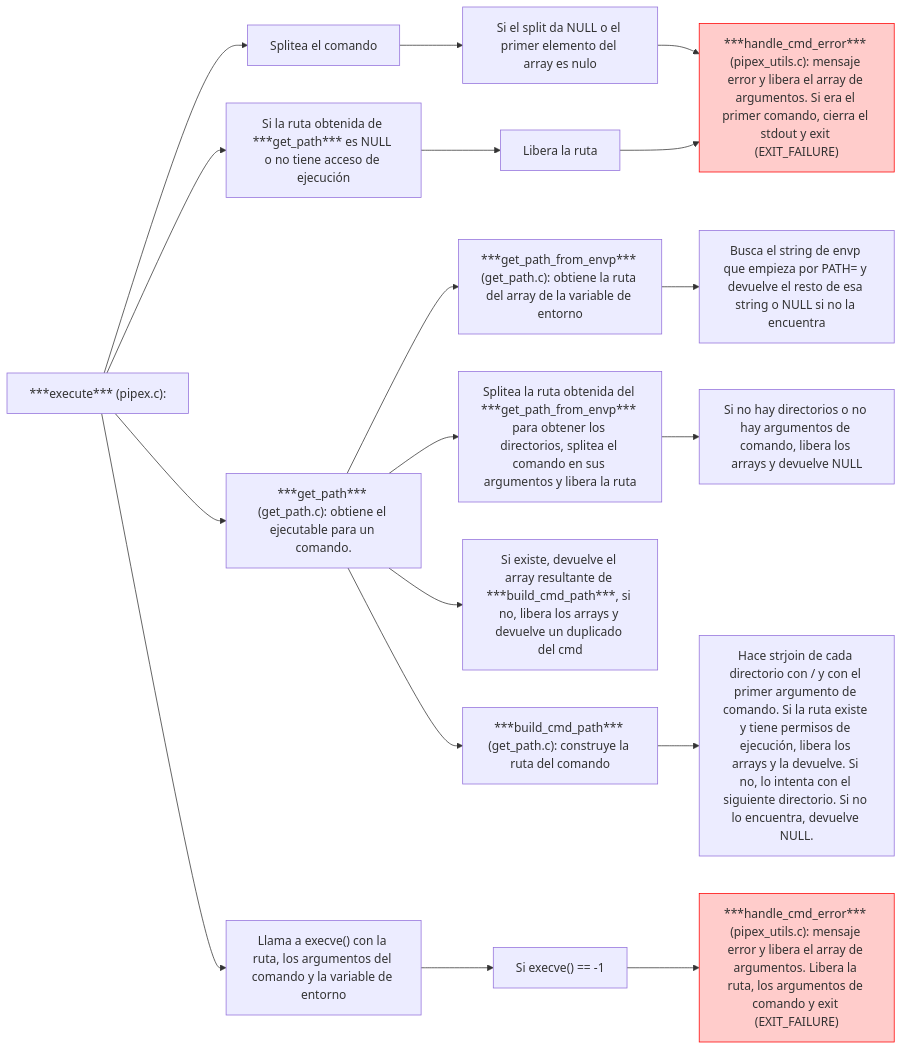
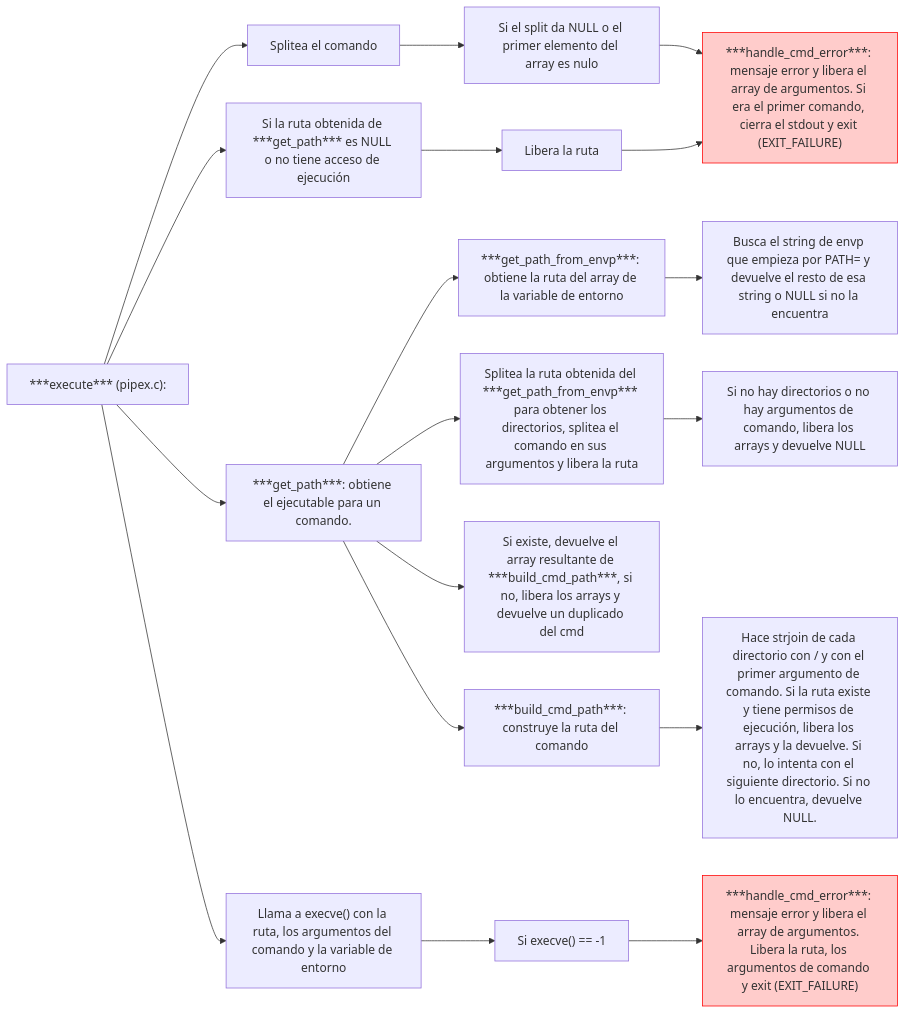
Before and after one commit to AnaMac3/42-pipex: the second of 3 diagrams in README.md, drawn with Mermaid. The commit also changed other lines of this file, not shown here.

````diff
--- a/README.md
+++ b/README.md
@@ -232,24 +231,23 @@
 ```mermaid
 graph LR;
   A["***execute*** (pipex.c): "] --> B["Splitea el comando"];
   B --> C["Si el split da NULL o el primer elemento del array es nulo"];
-  C --> D["***handle_cmd_error*** (pipex_utils.c): mensaje error y libera el array de argumentos. Si era el primer comando, cierra el stdout y exit (EXIT_FAILURE)"];
-  A --> E["***get_path*** (get_path.c): obtiene el ejecutable para un comando."];
-  E --> F["***get_path_from_envp*** (get_path.c): obtiene la ruta del array de la variable de entorno"];
+  C --> D["***handle_cmd_error***: mensaje error y libera el array de argumentos. Si era el primer comando, cierra el stdout y exit (EXIT_FAILURE)"];
+  A --> E["***get_path***: obtiene el ejecutable para un comando."];
+  E --> F["***get_path_from_envp***: obtiene la ruta del array de la variable de entorno"];
   F --> G["Busca el string de envp que empieza por PATH= y devuelve el resto de esa string o NULL si no la encuentra"];
   E --> H["Splitea la ruta obtenida del ***get_path_from_envp*** para obtener los directorios, splitea el comando en sus argumentos y libera la ruta"];
   H --> I["Si no hay directorios o no hay argumentos de comando, libera los arrays y devuelve NULL"];
-  E --> K["***build_cmd_path*** (get_path.c): construye la ruta del comando"];
+  E --> K["***build_cmd_path***: construye la ruta del comando"];
   K --> L["Hace strjoin de cada directorio con / y con el primer argumento de comando. Si la ruta existe y tiene permisos de ejecución, libera los arrays y la devuelve. Si no, lo intenta con el siguiente directorio. Si no lo encuentra, devuelve NULL."];
   E --> M["Si existe, devuelve el array resultante de ***build_cmd_path***, si no, libera los arrays y devuelve un duplicado del cmd"];
   A --> N["Si la ruta obtenida de ***get_path*** es NULL o no tiene acceso de ejecución"];
   N --> O["Libera la ruta"];
   O --> D;
   A --> P["Llama a execve() con la ruta, los argumentos del comando y la variable de entorno"];
   P --> Q["Si execve() == -1"];
-  Q --> R["***handle_cmd_error*** (pipex_utils.c): mensaje error y libera el array de argumentos. Libera la ruta, los argumentos de comando y exit (EXIT_FAILURE)"];
+  Q --> R["***handle_cmd_error***: mensaje error y libera el array de argumentos. Libera la ruta, los argumentos de comando y exit (EXIT_FAILURE)"];
 
 style D fill:#ffcccb,stroke:#ff0000,stroke-width:1px
 style R fill:#ffcccb,stroke:#ff0000,stroke-width:1px
-
 ```
````
